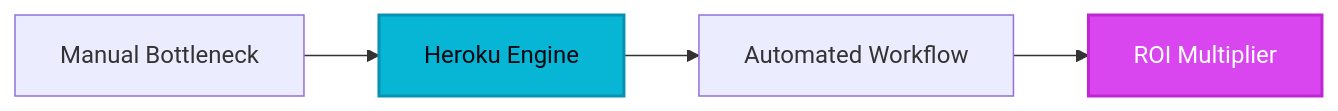
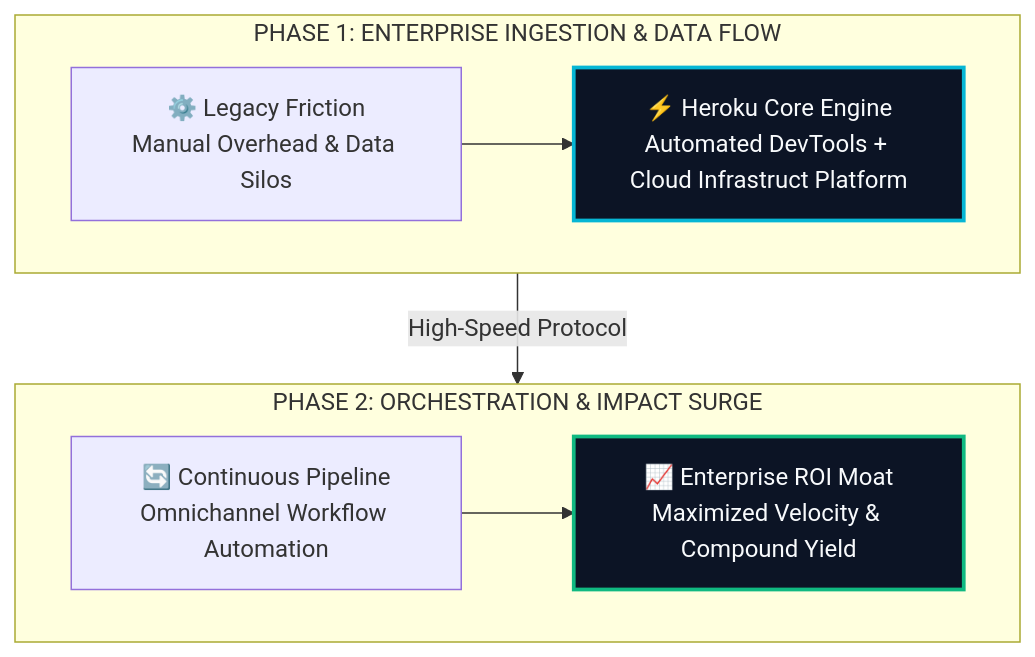
Before and after one commit to heliatech-media/saas-radar: the diagram in site/src/content/blog/heroku-free-tier-alternatives-2026.md, drawn with Mermaid. The commit also changed 97 other files, not shown here.

First line of the commit message:
feat(diagrams): upgrade all article architecture schemas to high-impact 2-tier responsive vector blueprints

````diff
--- a/site/src/content/blog/heroku-free-tier-alternatives-2026.md
+++ b/site/src/content/blog/heroku-free-tier-alternatives-2026.md
@@ -50,8 +50,14 @@
 ```mermaid
-flowchart LR
-    A[Manual Bottleneck] --> B[Heroku Engine]
-    B --> C[Automated Workflow]
-    C --> D[ROI Multiplier]
-    style B fill:#06b6d4,stroke:#0891b2,stroke-width:2px,color:#030712
-    style D fill:#d946ef,stroke:#c026d3,stroke-width:2px,color:#ffffff
+flowchart TD
+    subgraph S1["PHASE 1: ENTERPRISE INGESTION & DATA FLOW"]
+        direction LR
+        A["⚙️ Legacy Friction<br/>Manual Overhead & Data Silos"] --> B["⚡ Heroku Core Engine<br/>Automated DevTools + Cloud Infrastruct Platform"]
+    end
+    subgraph S2["PHASE 2: ORCHESTRATION & IMPACT SURGE"]
+        direction LR
+        C["🔄 Continuous Pipeline<br/>Omnichannel Workflow Automation"] --> D["📈 Enterprise ROI Moat<br/>Maximized Velocity & Compound Yield"]
+    end
+    S1 -->|High-Speed Protocol| S2
+    style B fill:#0c1425,stroke:#06b6d4,stroke-width:2.5px,color:#f8fafc
+    style D fill:#0c1425,stroke:#10b981,stroke-width:2.5px,color:#f8fafc
 ```
````
